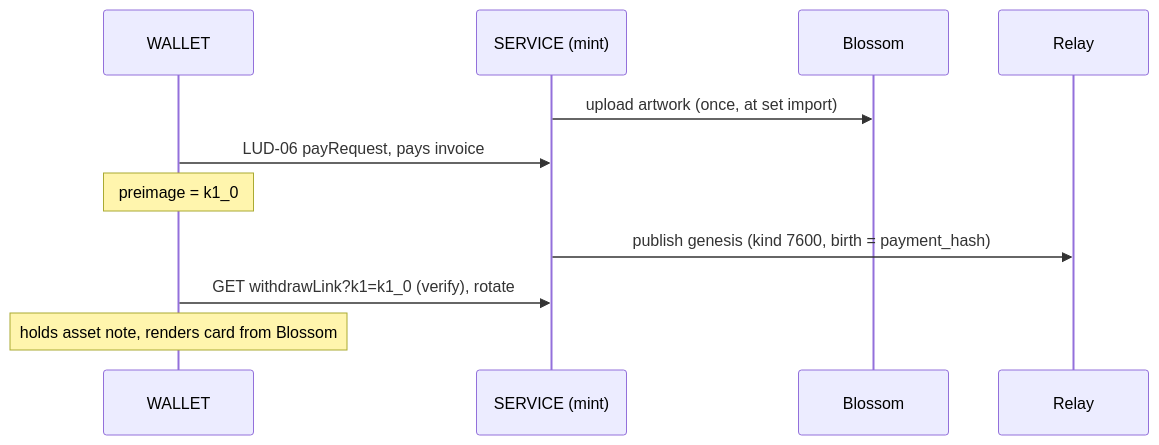
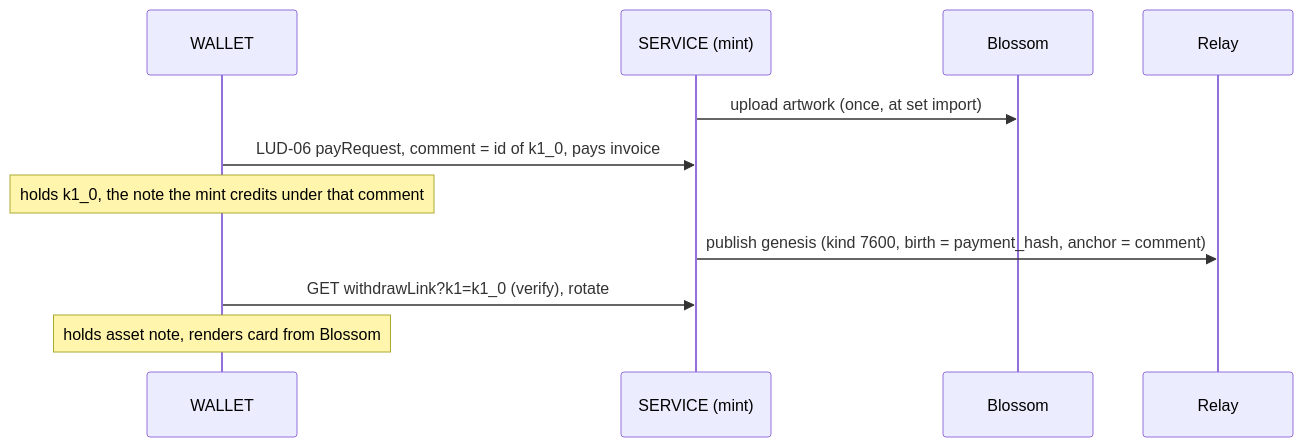
One commit to BIMbeamFLX/nostr-ordinals changed the diagram in NORD-02.md. Above: the diagram before and after it, drawn with Mermaid. The commit also changed other lines of this file and 3 other files, not shown here.

First line of the commit message:
docs: redefine genesis birth as a payment receipt, add anchor

````diff
--- a/NORD-02.md
+++ b/NORD-02.md
@@ -56,13 +56,13 @@
 ```mermaid
 sequenceDiagram
   participant W as WALLET
   participant S as SERVICE (mint)
   participant B as Blossom
   participant R as Relay
   S->>B: upload artwork (once, at set import)
-  W->>S: LUD-06 payRequest, pays invoice
-  Note over W: preimage = k1_0
-  S->>R: publish genesis (kind 7600, birth = payment_hash)
+  W->>S: LUD-06 payRequest, comment = id of k1_0, pays invoice
+  Note over W: holds k1_0, the note the mint credits under that comment
+  S->>R: publish genesis (kind 7600, birth = payment_hash, anchor = comment)
   W->>S: GET withdrawLink?k1=k1_0 (verify), rotate
   Note over W: holds asset note, renders card from Blossom
 ```
````
